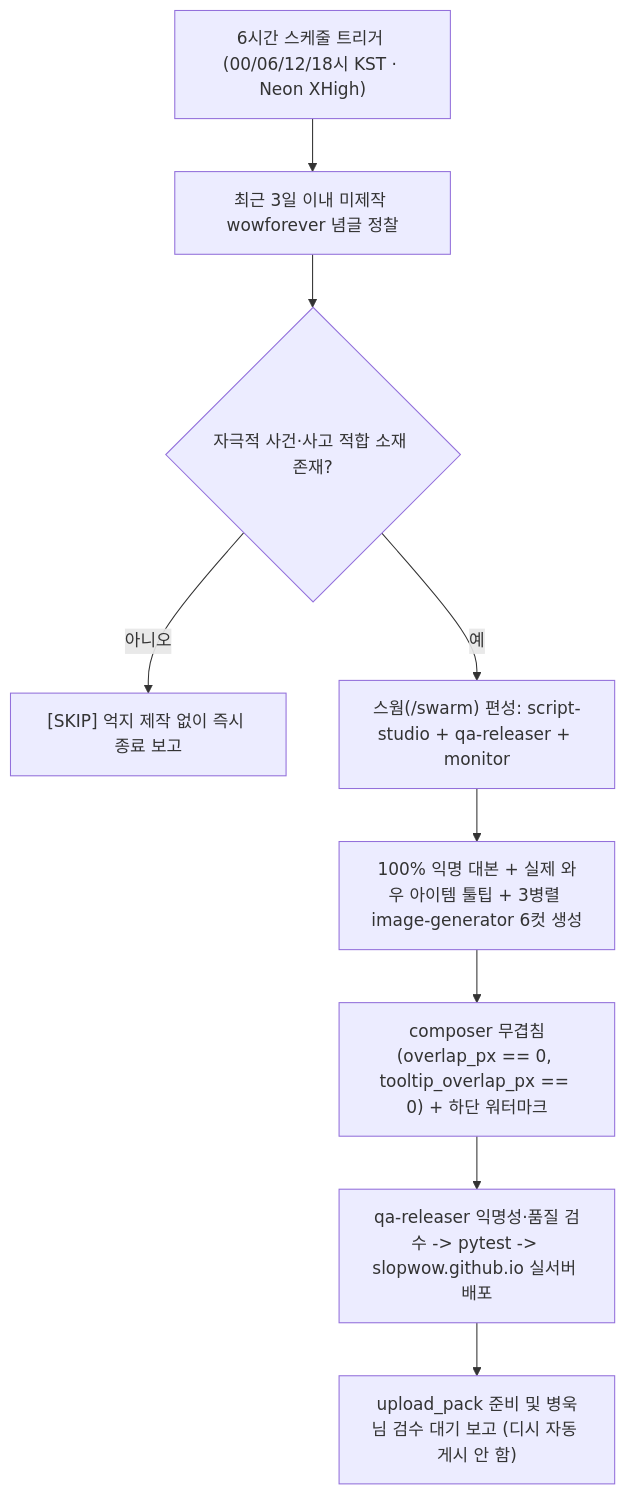
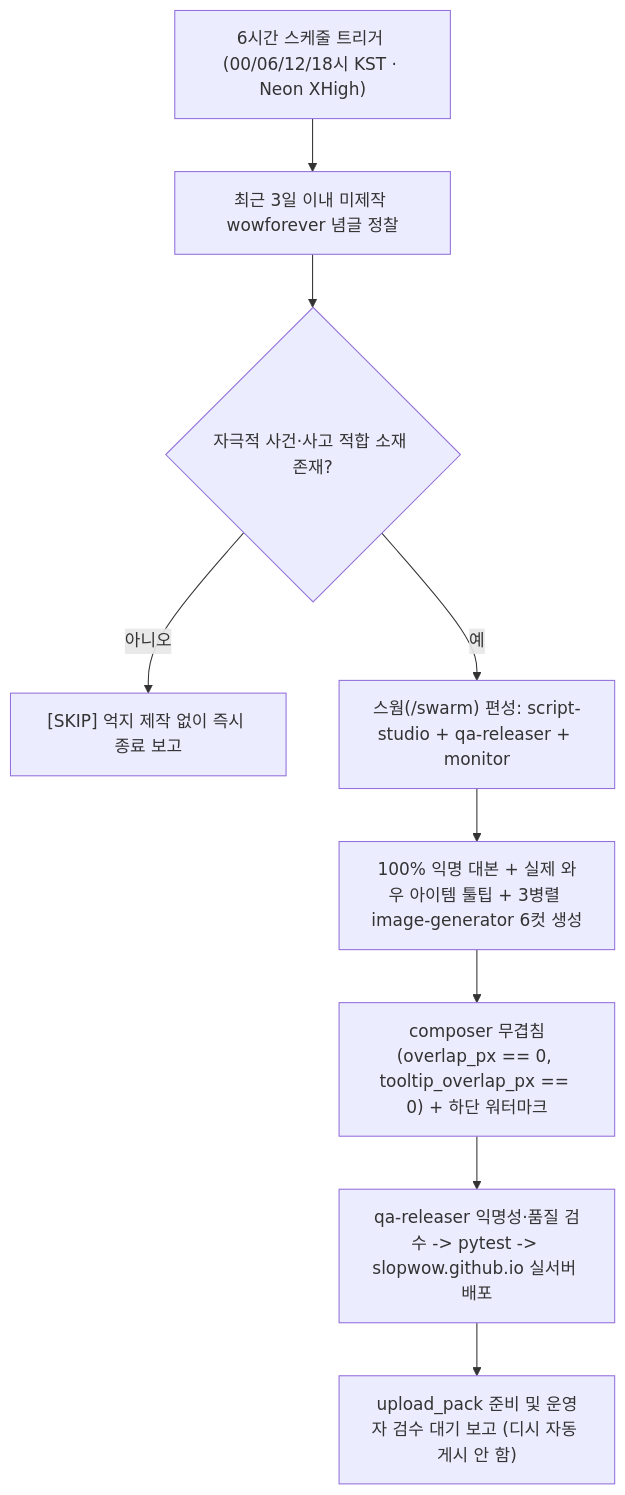
One commit to slopwow/slopwow.github.io changed the diagram in AUTOMATION.md. Above: the diagram before and after it, drawn with Mermaid. The commit also changed other lines of this file and 3 other files, not shown here.

````diff
--- a/AUTOMATION.md
+++ b/AUTOMATION.md
@@ -49,11 +49,11 @@
 ```mermaid
 flowchart TD
     A["6시간 스케줄 트리거 (00/06/12/18시 KST · Neon XHigh)"] --> B["최근 3일 이내 미제작 wowforever 념글 정찰"]
     B --> C{"자극적 사건·사고 적합 소재 존재?"}
     C -- "아니오" --> S["[SKIP] 억지 제작 없이 즉시 종료 보고"]
     C -- "예" --> D["스웜(/swarm) 편성: script-studio + qa-releaser + monitor"]
     D --> E["100% 익명 대본 + 실제 와우 아이템 툴팁 + 3병렬 image-generator 6컷 생성"]
     E --> F["composer 무겹침(overlap_px == 0, tooltip_overlap_px == 0) + 하단 워터마크"]
     F --> G["qa-releaser 익명성·품질 검수 -> pytest -> slopwow.github.io 실서버 배포"]
-    G --> H["upload_pack 준비 및 병욱님 검수 대기 보고 (디시 자동 게시 안 함)"]
+    G --> H["upload_pack 준비 및 운영자 검수 대기 보고 (디시 자동 게시 안 함)"]
 ```
````
